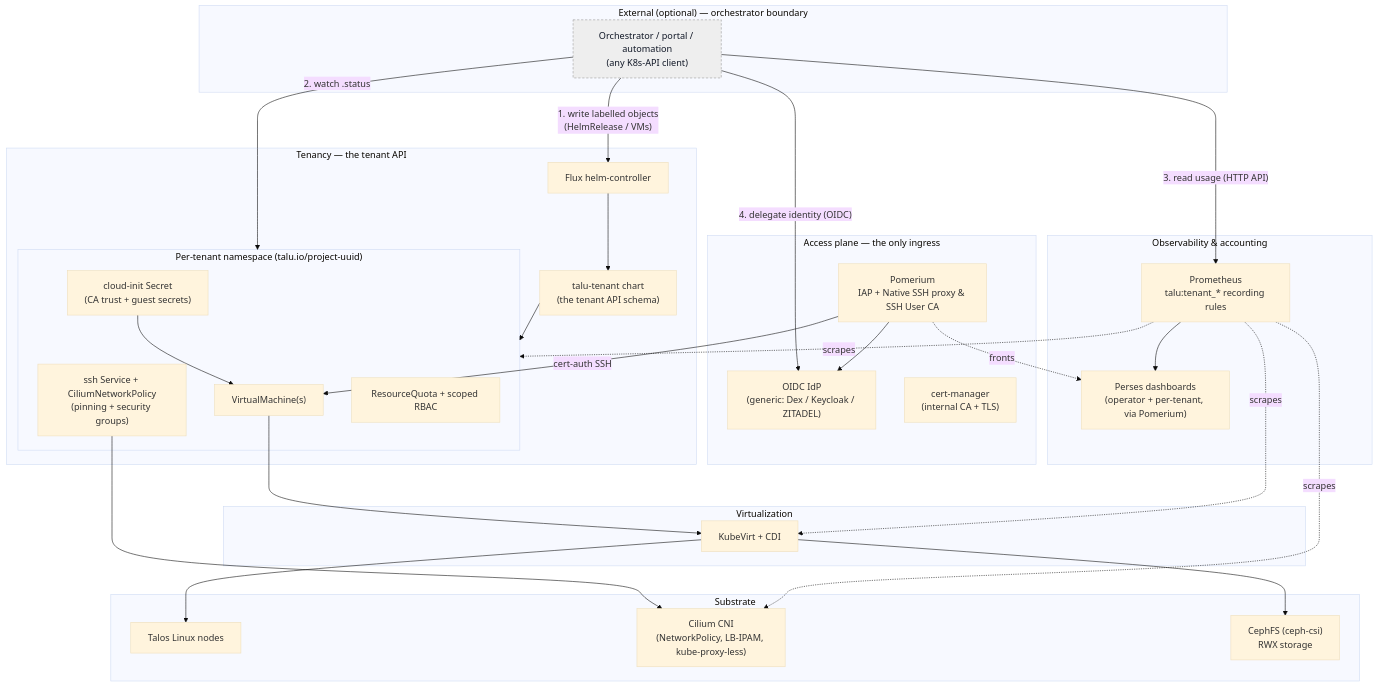
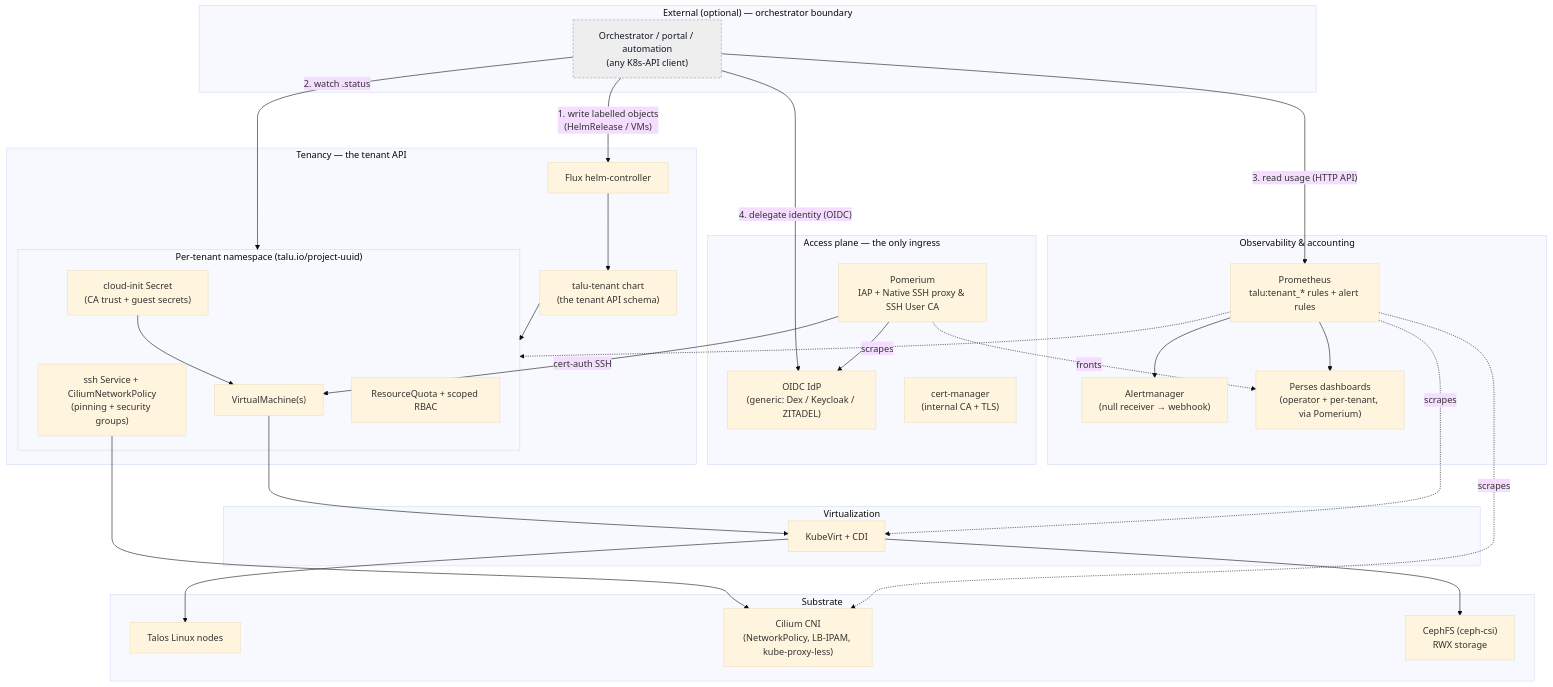
The diagram in docs/architecture/README.md (livenson/talu), drawn with Mermaid (base theme) before and after one commit. The commit also changed other lines of this file and 12 other files, not shown here.

````diff
--- a/docs/architecture/README.md
+++ b/docs/architecture/README.md
@@ -18,57 +18,59 @@
 ```mermaid
 graph TD
     subgraph EXT["External (optional) — orchestrator boundary"]
         ORCH["Orchestrator / portal / automation<br/>(any K8s-API client)"]
     end
 
     subgraph ACCESS["Access plane — the only ingress"]
         POM["Pomerium<br/>IAP + Native SSH proxy &amp; SSH User CA"]
         IDP["OIDC IdP<br/>(generic: Dex / Keycloak / ZITADEL)"]
         CM["cert-manager<br/>(internal CA + TLS)"]
     end
 
     subgraph TENANCY["Tenancy — the tenant API"]
         FLUX["Flux helm-controller"]
         CHART["talu-tenant chart<br/>(the tenant API schema)"]
         subgraph TNS["Per-tenant namespace (talu.io/project-uuid)"]
             VM["VirtualMachine(s)"]
             SVC["ssh Service + CiliumNetworkPolicy<br/>(pinning + security groups)"]
             QUOTA["ResourceQuota + scoped RBAC"]
             SEC["cloud-init Secret<br/>(CA trust + guest secrets)"]
         end
     end
 
     subgraph VIRT["Virtualization"]
         KV["KubeVirt + CDI"]
     end
 
     subgraph SUBSTRATE["Substrate"]
         TALOS["Talos Linux nodes"]
         CILIUM["Cilium CNI<br/>(NetworkPolicy, LB-IPAM, kube-proxy-less)"]
         CEPH["CephFS (ceph-csi)<br/>RWX storage"]
     end
 
     subgraph OBS["Observability & accounting"]
-        PROM["Prometheus<br/>talu:tenant_* recording rules"]
+        PROM["Prometheus<br/>talu:tenant_* rules + alert rules"]
+        ALERT["Alertmanager<br/>(null receiver → webhook)"]
         PERSES["Perses dashboards<br/>(operator + per-tenant, via Pomerium)"]
+        PROM --> ALERT
     end
 
     ORCH -->|"1. write labelled objects<br/>(HelmRelease / VMs)"| FLUX
     ORCH -->|"2. watch .status"| TNS
     ORCH -->|"3. read usage (HTTP API)"| PROM
     ORCH -->|"4. delegate identity (OIDC)"| IDP
 
     FLUX --> CHART --> TNS
     POM --> IDP
     POM -->|"cert-auth SSH"| VM
     VM --> KV --> TALOS
     SVC --> CILIUM
     SEC --> VM
     KV --> CEPH
     PROM -.scrapes.-> KV & CILIUM & TNS
     PROM --> PERSES
     POM -.fronts.-> PERSES
 
     classDef opt fill:#eeeeee,stroke:#999999,color:#111827,stroke-dasharray:4 3;
     class ORCH opt;
 ```
````
